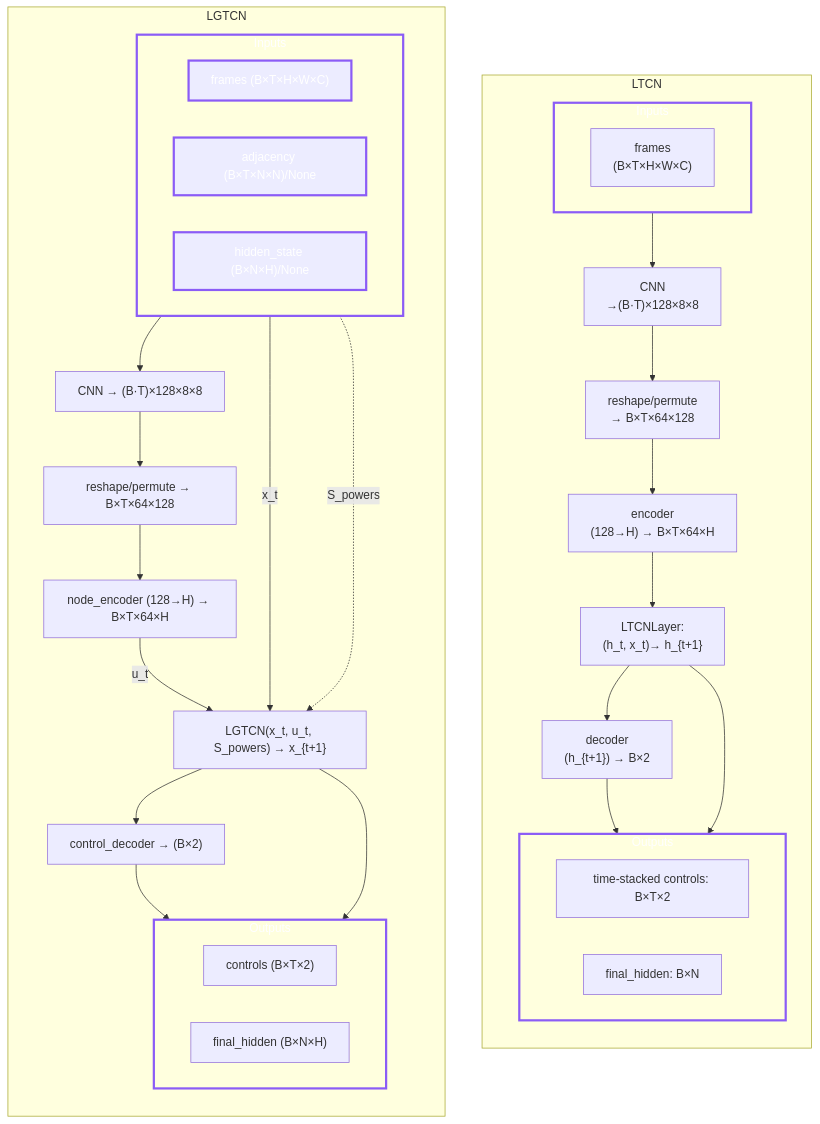
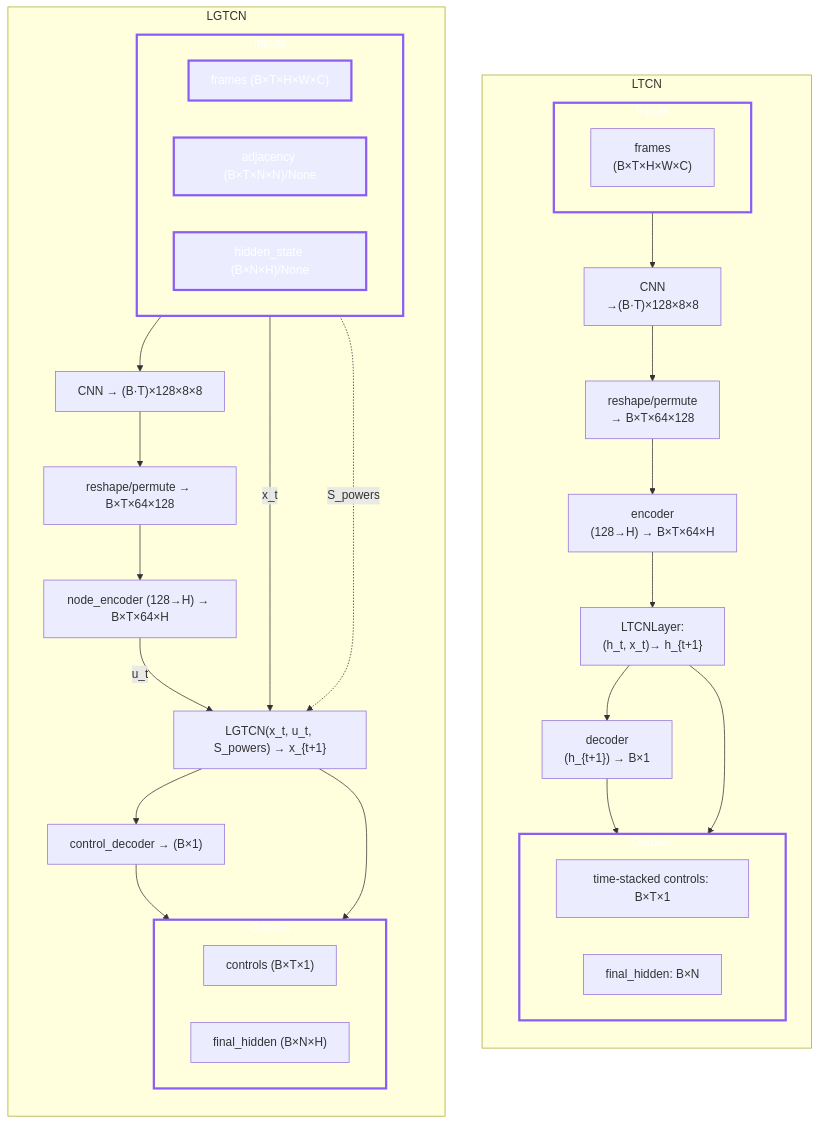
The diagram in README.md (satra-11/liquid-graph-time-constant-network), drawn with Mermaid before and after one commit.

Commit message:
README更新

````diff
--- a/README.md
+++ b/README.md
@@ -46,59 +46,59 @@
 ```mermaid
 flowchart TD
   %% ===== 左：Title =====
   subgraph L["LTCN"]
     direction TB
     LA["frames <br> (B×T×H×W×C)"]
       --> LB["CNN<br>→(B·T)×128×8×8"]
       --> LC["reshape/permute <br>→ B×T×64×128"]
       --> LD["encoder <br>(128→H) → B×T×64×H"]
       --> LF["LTCNLayer:<br>(h_t, x_t)→ h_{t+1}"]
-      --> LG["decoder<br>(h_{t+1}) → B×2"]
-    LG --> LH["time-stacked controls: B×T×2"]
+      --> LG["decoder<br>(h_{t+1}) → B×1"]
+    LG --> LH["time-stacked controls: B×T×1"]
     LF --> LI["final_hidden: B×N"]
     subgraph LIN["Inputs"]
       direction LR
       LA
     end
     subgraph LOUT["Outputs"]
       direction LR
       LH
       LI
     end
   end
 
   %% ===== 右：Title 2 =====
   subgraph R["LGTCN"]
     direction TB
     RIN["Inputs"]:::io
     RA["frames (B×T×H×W×C)"]:::io
     RADJ["adjacency (B×T×N×N)/None"]:::io
     RH0["hidden_state (B×N×H)/None"]:::io
 
     RA --> RB["CNN → (B·T)×128×8×8"]
     RB --> RC["reshape/permute → B×T×64×128"]
     RC --> RD["node_encoder (128→H) → B×T×64×H"]
     RH0 -- "x_t" --> RH["LGTCN(x_t, u_t, S_powers) → x_{t+1}"]
     RD -- "u_t" --> RH
     RADJ -. "S_powers" .-> RH
-    RH --> RQ["control_decoder → (B×2)"]
+    RH --> RQ["control_decoder → (B×1)"]
     subgraph RIN["Inputs"]
       direction LR
       RA
       RADJ
       RH0
     end
 
     subgraph ROUT["Outputs"]
       direction LR
-      RO1["controls (B×T×2)"]
+      RO1["controls (B×T×1)"]
       RO2["final_hidden (B×N×H)"]
     end
     RQ --> RO1
     RH --> RO2
   end
 
   %% スタイル
   classDef io stroke:#8b5cf6,stroke-width:3px,color:#fff;
   class LIN,LOUT,RIN,ROUT io;
 ```
````
